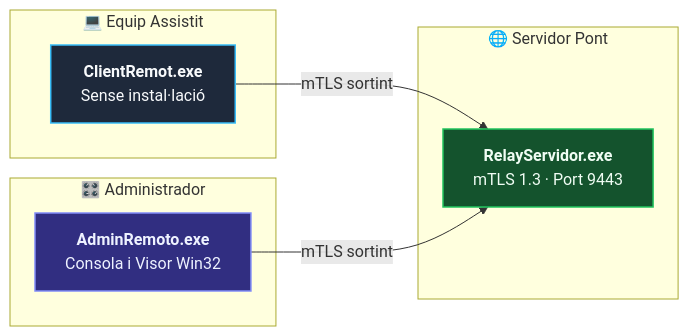
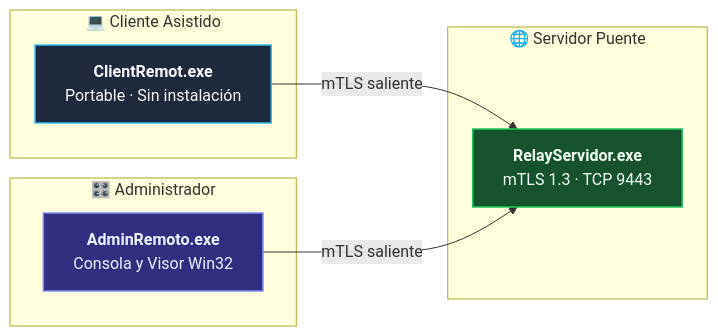
The diagram in README.md (jaanque/Gecko), drawn with Mermaid before and after one commit. The commit also changed other lines of this file, not shown here.

````diff
--- a/README.md
+++ b/README.md
@@ -32,26 +87,26 @@
 ```mermaid
 flowchart LR
-    subgraph Client ["💻 Equip Assistit"]
-        C["<b>ClientRemot.exe</b><br/>Sense instal·lació"]
+    subgraph Client ["💻 Cliente Asistido"]
+        C["<b>ClientRemot.exe</b><br/>Portable · Sin instalación"]
     end
 
-    subgraph Relay ["🌐 Servidor Pont"]
-        R["<b>RelayServidor.exe</b><br/>mTLS 1.3 · Port 9443"]
+    subgraph Relay ["🌐 Servidor Puente"]
+        R["<b>RelayServidor.exe</b><br/>mTLS 1.3 · TCP 9443"]
     end
 
     subgraph Admin ["🎛️ Administrador"]
-        A["<b>AdminRemoto.exe</b><br/>Consola i Visor Win32"]
+        A["<b>AdminRemoto.exe</b><br/>Consola y Visor Win32"]
     end
 
-    C -- "mTLS sortint" --> R
-    A -- "mTLS sortint" --> R
+    C -- "mTLS saliente" --> R
+    A -- "mTLS saliente" --> R
 
     classDef default fill:#18181b,stroke:#3f3f46,stroke-width:1px,color:#f4f4f5;
     classDef client fill:#1e293b,stroke:#38bdf8,stroke-width:1.5px,color:#f8fafc;
     classDef relay fill:#14532d,stroke:#22c55e,stroke-width:1.5px,color:#f0fdf4;
     classDef admin fill:#312e81,stroke:#818cf8,stroke-width:1.5px,color:#eef2ff;
 
     class C client;
     class R relay;
     class A admin;
 ```
````
